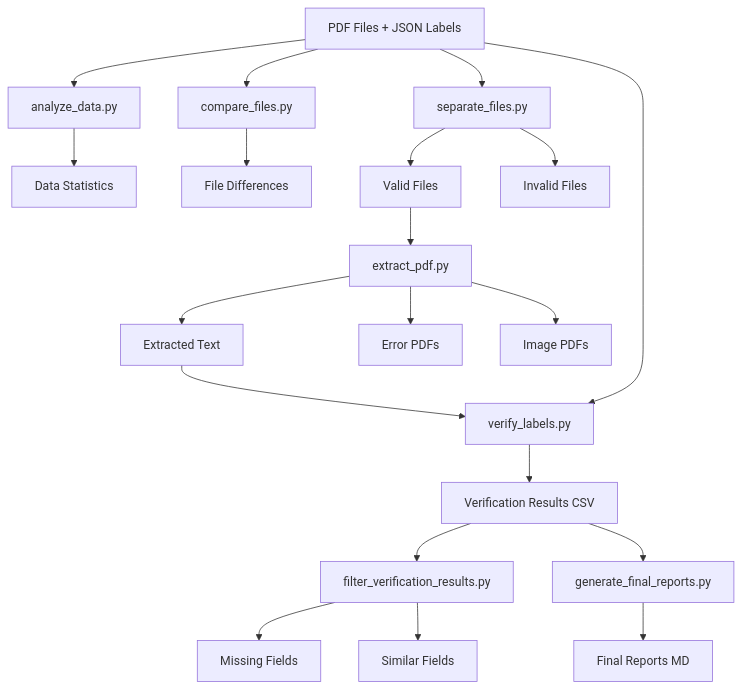
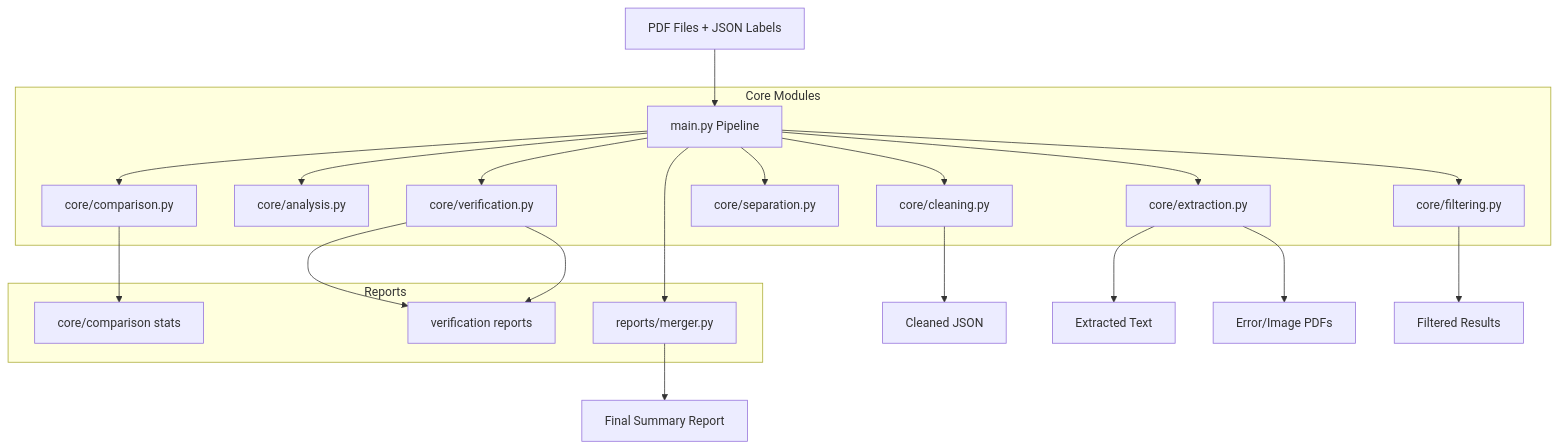
One commit to Moobbot/analyze_data_basic changed the diagram in ARCHITECTURE.md. Above: the diagram before and after it, drawn with Mermaid. The commit also changed other lines of this file and 24 other files, not shown here.

Commit message:
refactor: Modularize data checking pipeline into `core` package, replace individual scripts, and add comprehensive reporting.

````diff
--- a/ARCHITECTURE.md
+++ b/ARCHITECTURE.md
@@ -9,27 +9,28 @@
 ```mermaid
 graph TD
-    A[PDF Files + JSON Labels] --> B[analyze_data.py]
-    A --> C[compare_files.py]
-    B --> D[Data Statistics]
-    C --> E[File Differences]
+    A[PDF Files + JSON Labels] --> M[main.py Pipeline]
 
-    A --> F[separate_files.py]
-    F --> G[Valid Files]
-    F --> H[Invalid Files]
+    subgraph Core Modules
+        M --> B[core/cleaning.py]
+        M --> C[core/analysis.py]
+        M --> D[core/extraction.py]
+        M --> E[core/verification.py]
+        M --> F[core/separation.py]
+        M --> G[core/comparison.py]
+        M --> H[core/filtering.py]
+    end
 
-    G --> I[extract_pdf.py]
-    I --> J[Extracted Text]
-    I --> K[Error PDFs]
-    I --> L[Image PDFs]
+    subgraph Reports
+        G --> R1[core/comparison stats]
+        E --> R2[verification reports]
+        M --> I[reports/merger.py]
+    end
 
-    J --> M[verify_labels.py]
-    A --> M
-    M --> N[Verification Results CSV]
+    B --> J[Cleaned JSON]
+    D --> K[Extracted Text]
+    D --> L[Error/Image PDFs]
 
-    N --> O[filter_verification_results.py]
-    O --> P[Missing Fields]
-    O --> Q[Similar Fields]
-
-    N --> R[generate_final_reports.py]
-    R --> S[Final Reports MD]
+    E --> R2
+    H --> N[Filtered Results]
+    I --> O[Final Summary Report]
 ```
````
